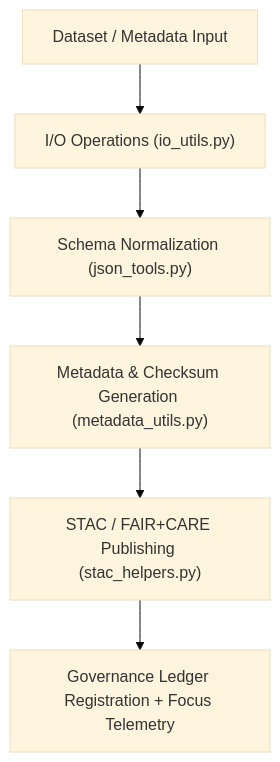
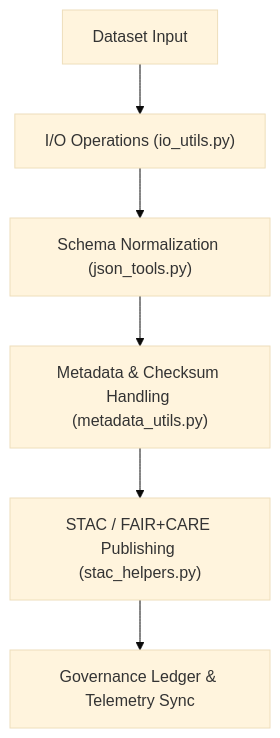
Before and after one commit to bartytime4life/Kansas-Frontier-Matrix: the diagram in src/pipelines/utils/README.md, drawn with Mermaid (base theme). The commit also changed other lines of this file, not shown here.

````diff
--- a/src/pipelines/utils/README.md
+++ b/src/pipelines/utils/README.md
@@ -67,8 +67,8 @@
 ```mermaid
 flowchart TD
-    A["Dataset / Metadata Input"] --> B["I/O Operations (io_utils.py)"]
+    A["Dataset Input"] --> B["I/O Operations (io_utils.py)"]
     B --> C["Schema Normalization (json_tools.py)"]
-    C --> D["Metadata & Checksum Generation (metadata_utils.py)"]
+    C --> D["Metadata & Checksum Handling (metadata_utils.py)"]
     D --> E["STAC / FAIR+CARE Publishing (stac_helpers.py)"]
-    E --> F["Governance Ledger Registration + Focus Telemetry"]
+    E --> F["Governance Ledger & Telemetry Sync"]
 ```
````
